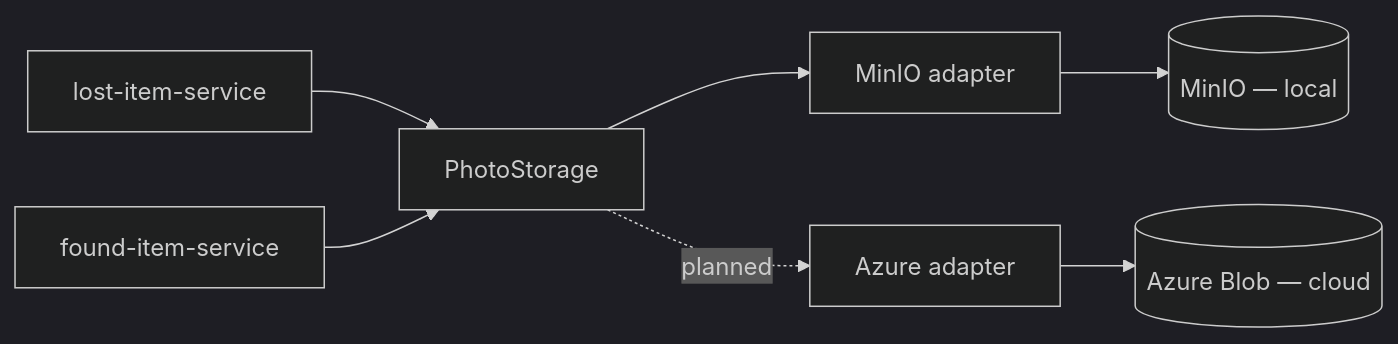
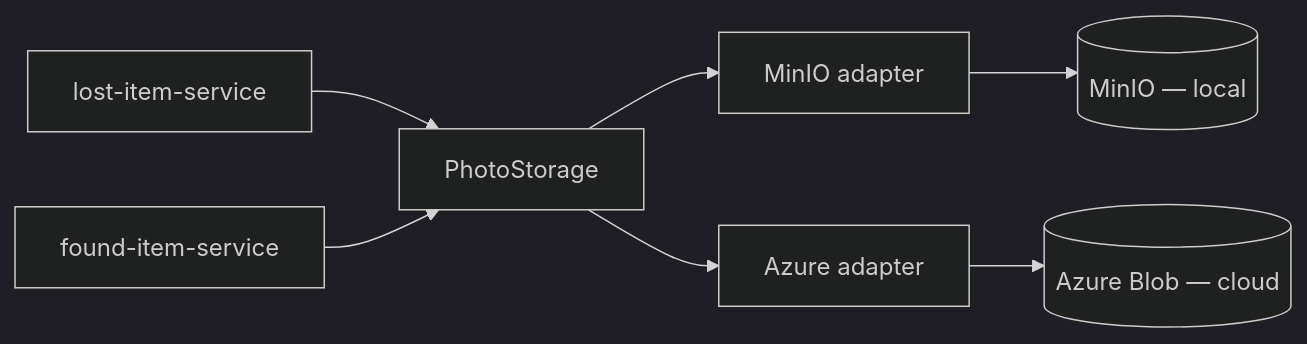
One commit to AET-DevOps26/team-chaos-monkeys changed the diagram in docs/photo-storage.md. Above: the diagram before and after it, drawn with Mermaid (dark theme). The commit also changed other lines of this file and 20 other files, not shown here.

````diff
--- a/docs/photo-storage.md
+++ b/docs/photo-storage.md
@@ -60,9 +60,9 @@
 ```mermaid
 graph LR
     Lost[lost-item-service] --> IF[PhotoStorage]
     Found[found-item-service] --> IF
     IF --> M[MinIO adapter]
-    IF -. planned .-> A[Azure adapter]
+    IF --> A[Azure adapter]
     M --> MS[(MinIO — local)]
     A --> AS[(Azure Blob — cloud)]
 ```
````
